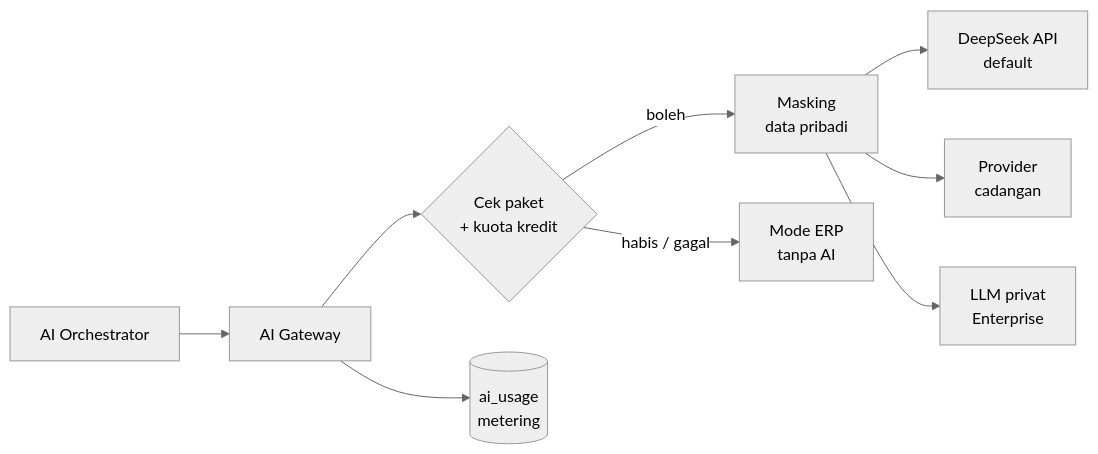
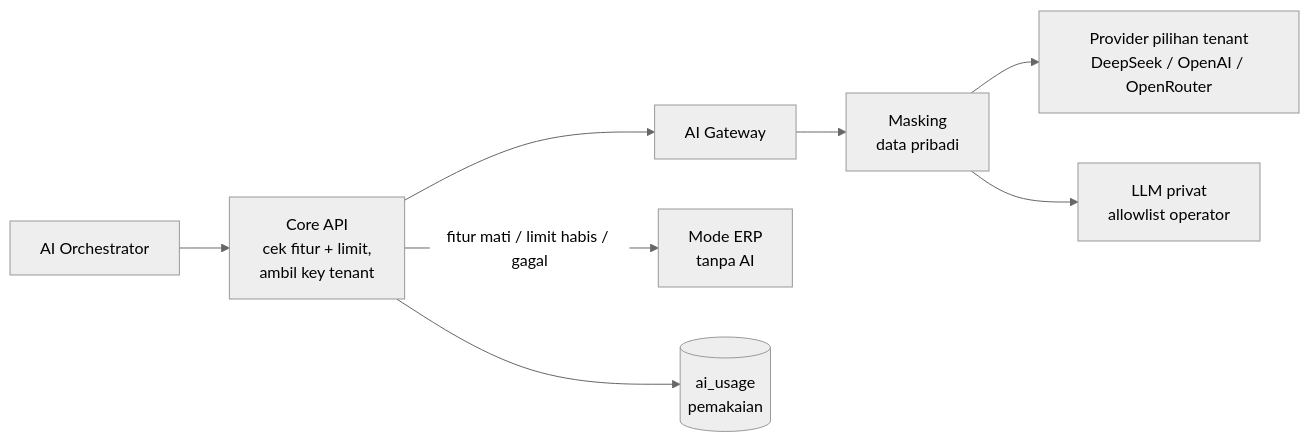
The second of 7 diagrams in docs/SPEC.md (alandwinanda/hrus), drawn with Mermaid (neutral theme) before and after one commit. The commit also changed other lines of this file and 41 other files, not shown here.

First line of the commit message:
Replace AI packages with per-tenant API keys (BYOK) and feature toggles

````diff
--- a/docs/SPEC.md
+++ b/docs/SPEC.md
@@ -141,11 +151,10 @@
 ```mermaid
 flowchart LR
-  ORC[AI Orchestrator] --> GW[AI Gateway]
-  GW --> ENT{Cek paket<br/>+ kuota kredit}
-  ENT -->|boleh| MASK[Masking<br/>data pribadi]
-  MASK --> P1[DeepSeek API<br/>default]
-  MASK --> P2[Provider<br/>cadangan]
-  MASK --> P3[LLM privat<br/>Enterprise]
-  ENT -->|habis / gagal| FB[Mode ERP<br/>tanpa AI]
-  GW --> MET[(ai_usage<br/>metering)]
+  ORC[AI Orchestrator] --> API[Core API<br/>cek fitur + limit,<br/>ambil key tenant]
+  API --> GW[AI Gateway]
+  GW --> MASK[Masking<br/>data pribadi]
+  MASK --> P1[Provider pilihan tenant<br/>DeepSeek / OpenAI / OpenRouter]
+  MASK --> P3[LLM privat<br/>allowlist operator]
+  API -->|fitur mati / limit habis / gagal| FB[Mode ERP<br/>tanpa AI]
+  API --> MET[(ai_usage<br/>pemakaian)]
 ```
````
